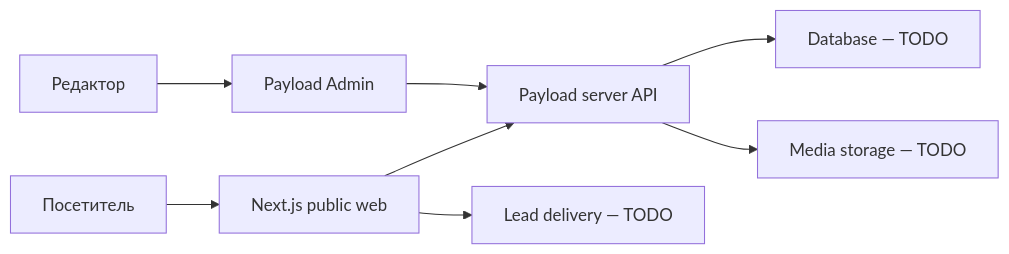
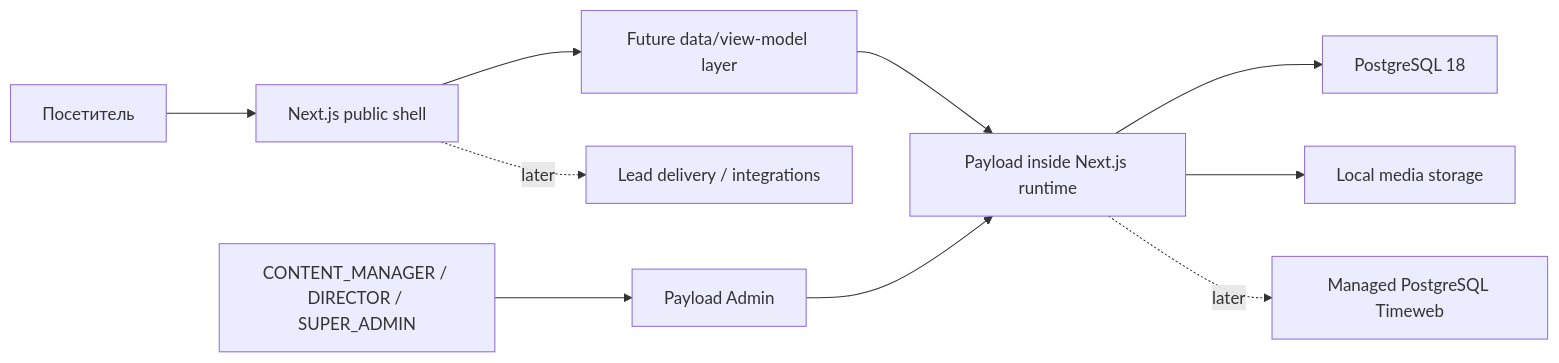
One commit to neyro-level/atlas-realty-starter changed the diagram in docs/ARCHITECTURE.md. Above: the diagram before and after it, drawn with Mermaid. The commit also changed other lines of this file and 13 other files, not shown here.

Commit message:
chore: pin next16 payload compatibility patch

````diff
--- a/docs/ARCHITECTURE.md
+++ b/docs/ARCHITECTURE.md
@@ -9,10 +5,12 @@
 ```mermaid
 flowchart LR
-    visitor["Посетитель"] --> public["Next.js public web"]
-    editor["Редактор"] --> admin["Payload Admin"]
-    public --> payload["Payload server API"]
+    visitor["Посетитель"] --> public["Next.js public shell"]
+    editor["CONTENT_MANAGER / DIRECTOR / SUPER_ADMIN"] --> admin["Payload Admin"]
+    public --> queries["Future data/view-model layer"]
+    queries --> payload["Payload inside Next.js runtime"]
     admin --> payload
-    payload --> db["Database — TODO"]
-    payload --> media["Media storage — TODO"]
-    public --> leads["Lead delivery — TODO"]
+    payload --> db["PostgreSQL 18"]
+    payload --> media["Local media storage"]
+    payload -. later .-> timeweb["Managed PostgreSQL Timeweb"]
+    public -. later .-> leads["Lead delivery / integrations"]
 ```
````
